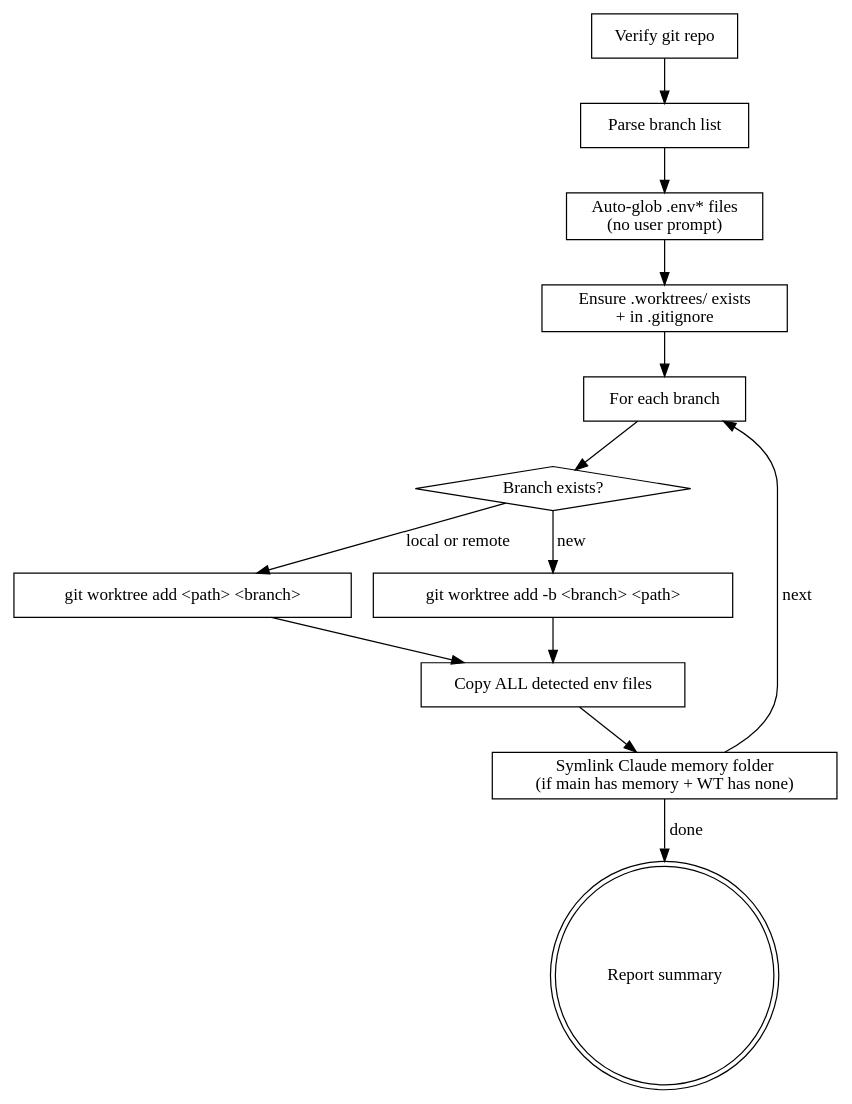
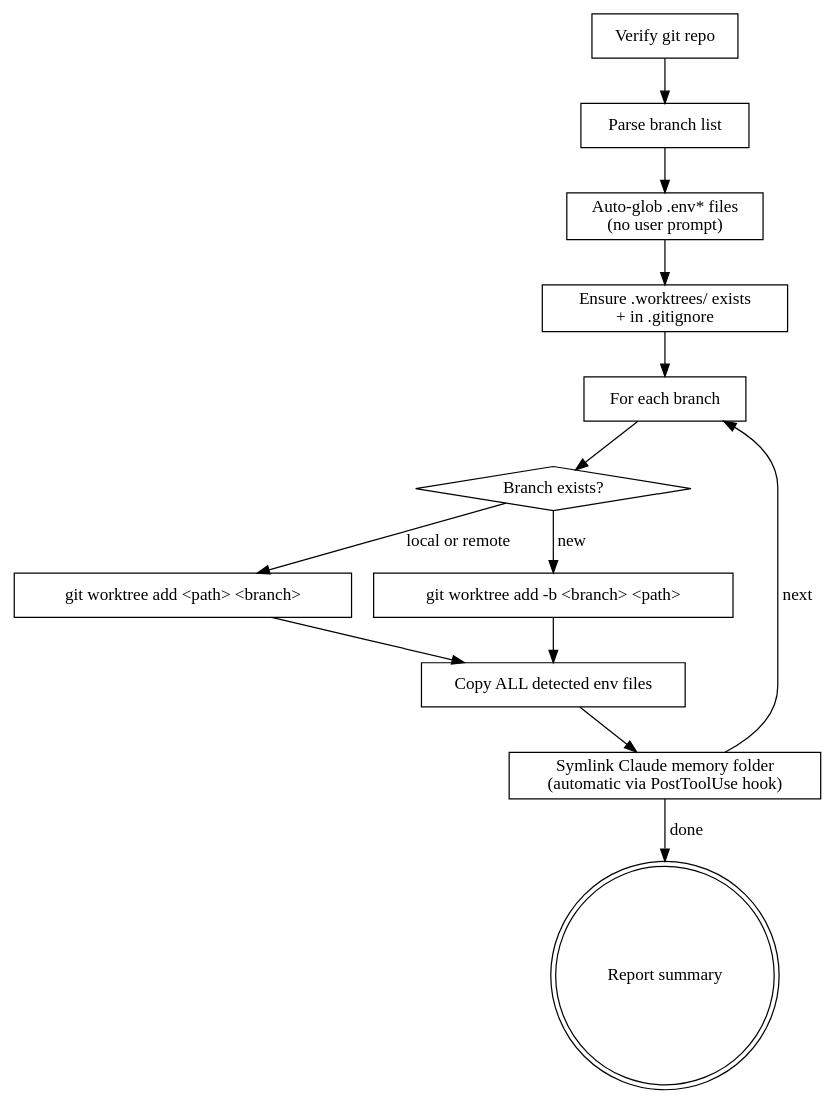
Before and after one commit to deokjinlog/intent-locked-workflow: the diagram in skills/setting-up-worktrees/SKILL.md, drawn with Graphviz. The commit also changed other lines of this file and 6 other files, not shown here.

First line of the commit message:
v1.1.5 — 메모리 심링크를 PostToolUse hook 으로 이전

````diff
--- a/skills/setting-up-worktrees/SKILL.md
+++ b/skills/setting-up-worktrees/SKILL.md
@@ -38,28 +38,28 @@
 ```dot
 digraph wt_flow {
     "Verify git repo" [shape=box];
     "Parse branch list" [shape=box];
     "Auto-glob .env* files\n(no user prompt)" [shape=box];
     "Ensure .worktrees/ exists\n+ in .gitignore" [shape=box];
     "For each branch" [shape=box];
     "Branch exists?" [shape=diamond];
     "git worktree add <path> <branch>" [shape=box];
     "git worktree add -b <branch> <path>" [shape=box];
     "Copy ALL detected env files" [shape=box];
-    "Symlink Claude memory folder\n(if main has memory + WT has none)" [shape=box];
+    "Symlink Claude memory folder\n(automatic via PostToolUse hook)" [shape=box];
     "Report summary" [shape=doublecircle];
 
     "Verify git repo" -> "Parse branch list";
     "Parse branch list" -> "Auto-glob .env* files\n(no user prompt)";
     "Auto-glob .env* files\n(no user prompt)" -> "Ensure .worktrees/ exists\n+ in .gitignore";
     "Ensure .worktrees/ exists\n+ in .gitignore" -> "For each branch";
     "For each branch" -> "Branch exists?";
     "Branch exists?" -> "git worktree add <path> <branch>" [label="local or remote"];
     "Branch exists?" -> "git worktree add -b <branch> <path>" [label="new"];
     "git worktree add <path> <branch>" -> "Copy ALL detected env files";
     "git worktree add -b <branch> <path>" -> "Copy ALL detected env files";
-    "Copy ALL detected env files" -> "Symlink Claude memory folder\n(if main has memory + WT has none)";
-    "Symlink Claude memory folder\n(if main has memory + WT has none)" -> "For each branch" [label="next"];
-    "Symlink Claude memory folder\n(if main has memory + WT has none)" -> "Report summary" [label="done"];
+    "Copy ALL detected env files" -> "Symlink Claude memory folder\n(automatic via PostToolUse hook)";
+    "Symlink Claude memory folder\n(automatic via PostToolUse hook)" -> "For each branch" [label="next"];
+    "Symlink Claude memory folder\n(automatic via PostToolUse hook)" -> "Report summary" [label="done"];
 }
 ```
````
